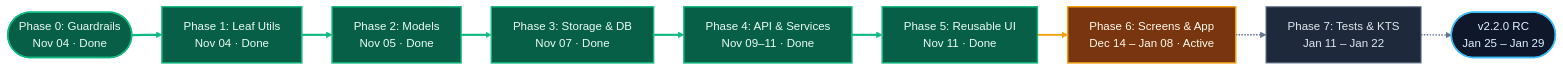
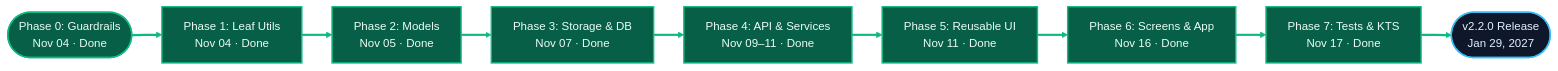
The second of 2 diagrams in KOTLIN_MIGRATION.mdx (solomonrajan/cashledger), drawn with Mermaid before and after one commit. The commit also changed other lines of this file and 159 other files, not shown here.

````diff
--- a/KOTLIN_MIGRATION.mdx
+++ b/KOTLIN_MIGRATION.mdx
@@ -104,24 +102,22 @@
 ```mermaid
 %%{init: {"flowchart": {"curve": "basis", "nodeSpacing": 28, "rankSpacing": 42}}}%%
 flowchart LR
     classDef done fill:#065F46,stroke:#10B981,stroke-width:2px,color:#ECFDF5
     classDef next fill:#78350F,stroke:#F59E0B,stroke-width:2px,color:#FFFBEB
     classDef future fill:#1E293B,stroke:#64748B,stroke-width:1.5px,color:#E2E8F0
     classDef target fill:#0F172A,stroke:#38BDF8,stroke-width:2px,color:#E0F2FE
 
     P0(["Phase 0: Guardrails<br/>Nov 04 · Done"]):::done
     P1["Phase 1: Leaf Utils<br/>Nov 04 · Done"]:::done
     P2["Phase 2: Models<br/>Nov 05 · Done"]:::done
     P3["Phase 3: Storage & DB<br/>Nov 07 · Done"]:::done
     P4["Phase 4: API & Services<br/>Nov 09–11 · Done"]:::done
     P5["Phase 5: Reusable UI<br/>Nov 11 · Done"]:::done
-    P6["Phase 6: Screens & App<br/>Dec 14 – Jan 08 · Active"]:::next
-    P7["Phase 7: Tests & KTS<br/>Jan 11 – Jan 22"]:::future
-    REL(["v2.2.0 RC<br/>Jan 25 – Jan 29"]):::target
+    P6["Phase 6: Screens & App<br/>Nov 16 · Done"]:::done
+    P7["Phase 7: Tests & KTS<br/>Nov 17 · Done"]:::done
+    REL(["v2.2.0 Release<br/>Jan 29, 2027"]):::target
 
-    P0 ==> P1 ==> P2 ==> P3 ==> P4 ==> P5 --> P6 -.-> P7 -.-> REL
+    P0 ==> P1 ==> P2 ==> P3 ==> P4 ==> P5 ==> P6 ==> P7 ==> REL
 
-    linkStyle 0,1,2,3,4 stroke:#10B981,stroke-width:3px
-    linkStyle 5 stroke:#F59E0B,stroke-width:2.5px
-    linkStyle 6,7 stroke:#64748B,stroke-width:2px
+    linkStyle 0,1,2,3,4,5,6,7 stroke:#10B981,stroke-width:3px
 ```
````
